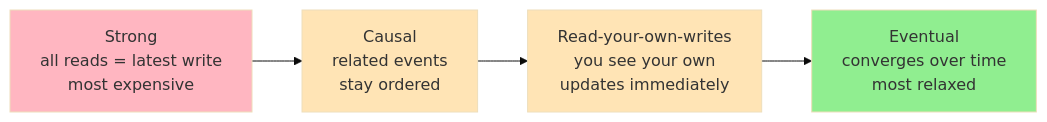
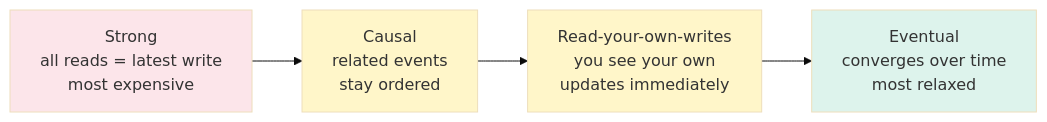
One commit to cartmancodes/InterviewVault changed the second of 2 diagrams in LLD/SystemDesign/CoreConcepts/CapTheorem.md. Above: the diagram before and after it, drawn with Mermaid (base theme). The commit also changed other lines of this file and 679 other files, not shown here.

Commit message:
Unify content diagrams and add accessible visual walkthroughs

````diff
--- a/LLD/SystemDesign/CoreConcepts/CapTheorem.md
+++ b/LLD/SystemDesign/CoreConcepts/CapTheorem.md
@@ -176,11 +176,11 @@
 ```mermaid
 graph LR
     S["Strong<br/>all reads = latest write<br/>most expensive"] --> CA["Causal<br/>related events<br/>stay ordered"]
     CA --> RY["Read-your-own-writes<br/>you see your own<br/>updates immediately"]
     RY --> EV["Eventual<br/>converges over time<br/>most relaxed"]
 
-    style S fill:#FFB6C1
-    style CA fill:#FFE4B5
-    style RY fill:#FFE4B5
-    style EV fill:#90EE90
+    style S fill:#FCE5EA
+    style CA fill:#FFF6C9
+    style RY fill:#FFF6C9
+    style EV fill:#DDF3EC
 ```
````
